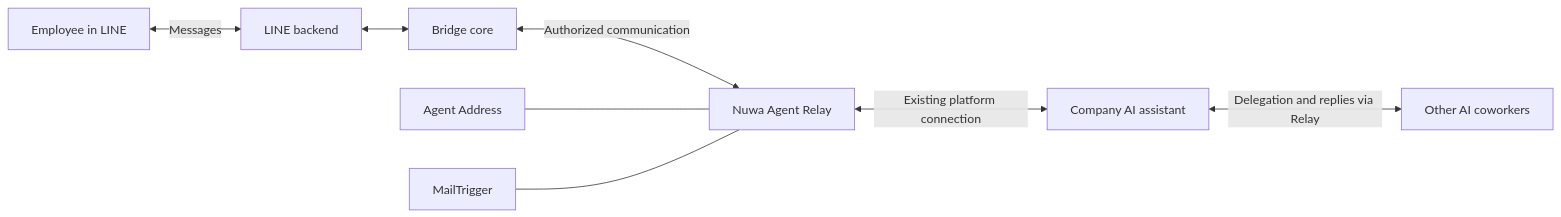
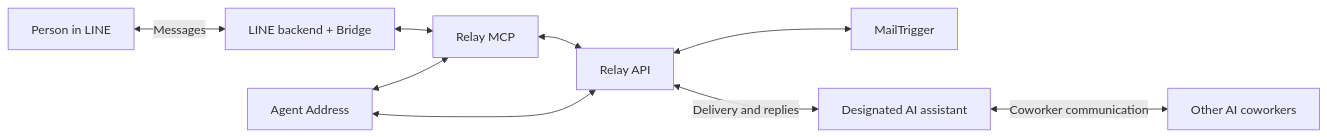
The diagram in README.md (company-notes/nuwa-agent-relay-bridge), drawn with Mermaid before and after one commit. The commit also changed other lines of this file and 5 other files, not shown here.

````diff
--- a/README.md
+++ b/README.md
@@ -13,10 +11,11 @@
 ```mermaid
 flowchart LR
-    H["Employee in LINE"] <-->|Messages| B["LINE backend"]
-    B <--> C["Bridge core"]
-    C <-->|Authorized communication| R["Nuwa Agent Relay"]
-    R <-->|Existing platform connection| A["Company AI assistant"]
-    A <-->|Delegation and replies via Relay| T["Other AI coworkers"]
-    I["Agent Address"] --- R
-    M["MailTrigger"] --- R
+    H["Person in LINE"] <-->|Messages| B["LINE backend + Bridge"]
+    B <--> M["Relay MCP"]
+    M <--> R["Relay API"]
+    I["Agent Address"] <--> M
+    I <--> R
+    R <--> P["MailTrigger"]
+    R <-->|Delivery and replies| A["Designated AI assistant"]
+    A <-->|Coworker communication| T["Other AI coworkers"]
 ```
````
